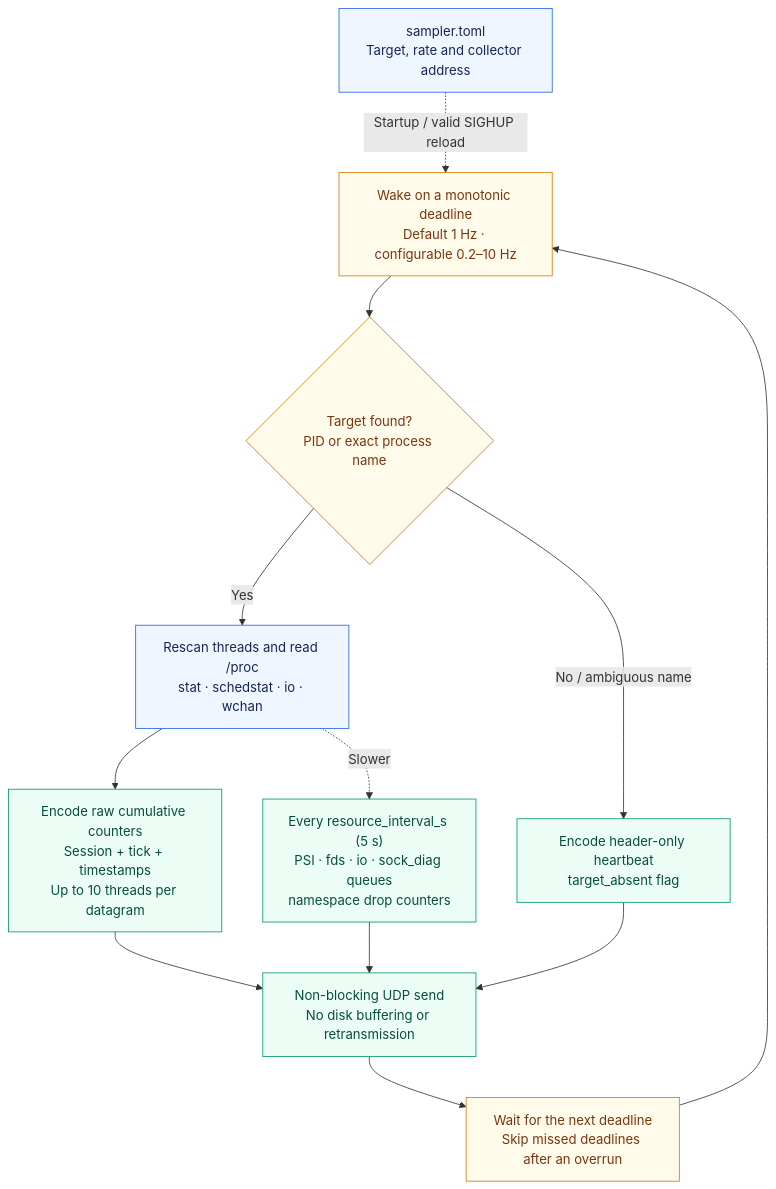
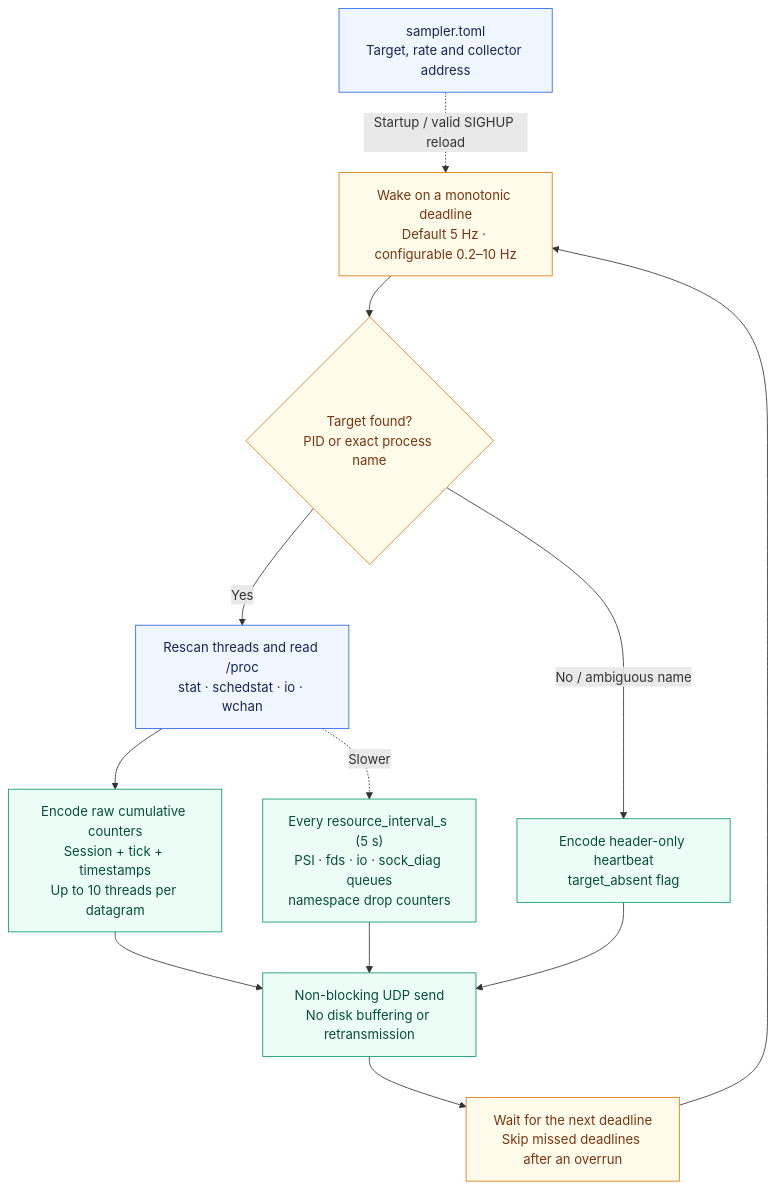
One commit to breakbadsp/triangulator changed the second of 4 diagrams in docs/architecture.md. Above: the diagram before and after it, drawn with Mermaid. The commit also changed 10 other files, not shown here.

````diff
--- a/docs/architecture.md
+++ b/docs/architecture.md
@@ -49,30 +49,30 @@
 ```mermaid
 flowchart TD
     config["sampler.toml<br/>Target, rate and collector address"]
-    tick["Wake on a monotonic deadline<br/>Default 1 Hz · configurable 0.2–10 Hz"]
+    tick["Wake on a monotonic deadline<br/>Default 5 Hz · configurable 0.2–10 Hz"]
     lookup{"Target found?<br/>PID or exact process name"}
     read["Rescan threads and read /proc<br/>stat · schedstat · io · wchan"]
     pack["Encode raw cumulative counters<br/>Session + tick + timestamps<br/>Up to 10 threads per datagram"]
     absent["Encode header-only heartbeat<br/>target_absent flag"]
     send["Non-blocking UDP send<br/>No disk buffering or retransmission"]
     resources["Every resource_interval_s (5 s)<br/>PSI · fds · io · sock_diag queues<br/>namespace drop counters"]
     sleep["Wait for the next deadline<br/>Skip missed deadlines after an overrun"]
 
     config -.->|"Startup / valid SIGHUP reload"| tick
     tick --> lookup
     lookup -->|"Yes"| read
     lookup -->|"No / ambiguous name"| absent
     read --> pack
     pack --> send
     read -.->|"Slower"| resources --> send
     absent --> send
     send --> sleep
     sleep --> tick
 
     classDef source fill:#eff6ff,stroke:#2563eb,color:#172554
     classDef compute fill:#ecfdf5,stroke:#059669,color:#064e3b
     classDef control fill:#fffbeb,stroke:#d97706,color:#78350f
     class config,read source
     class pack,absent,send,resources compute
     class tick,lookup,sleep control
 ```
````
